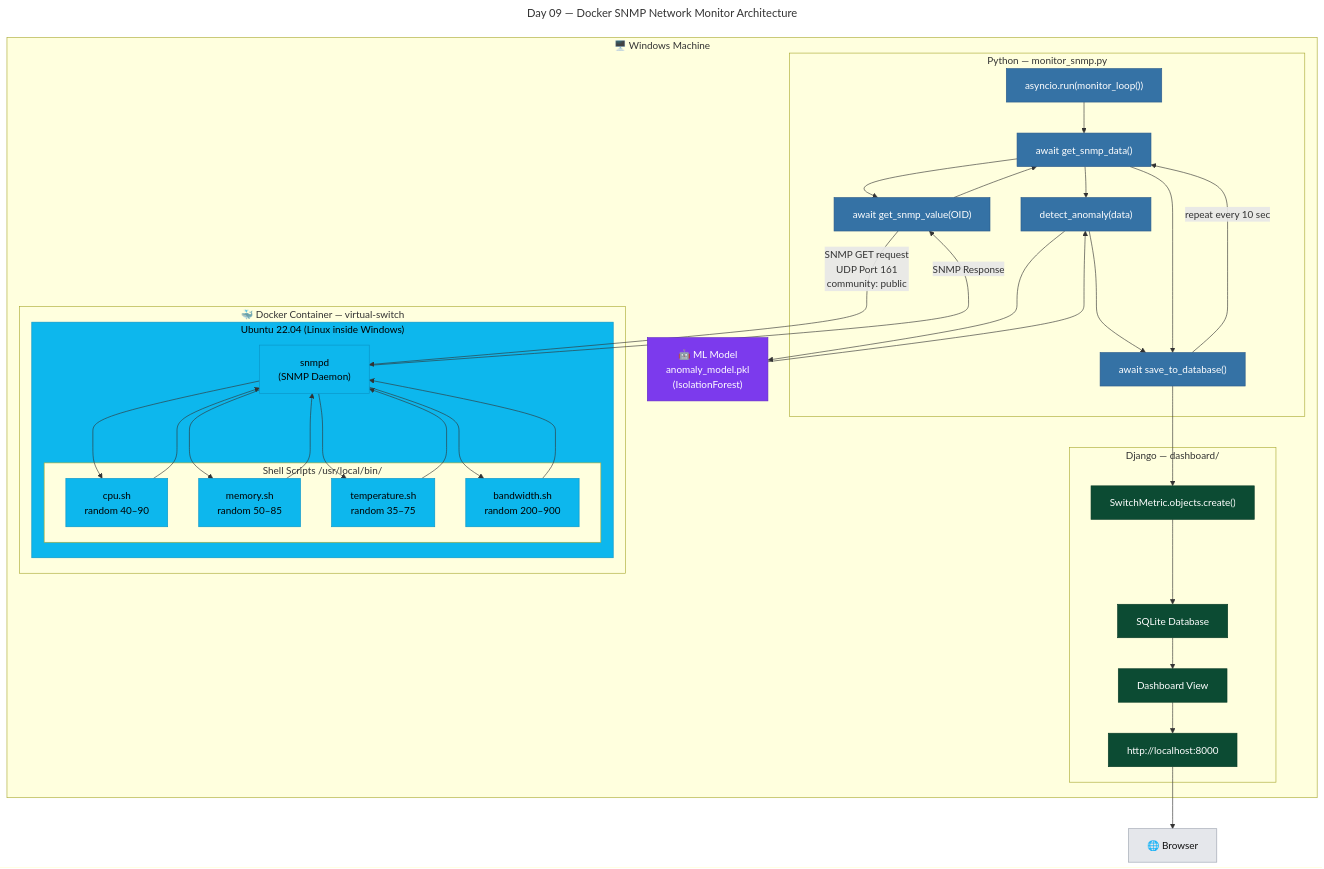
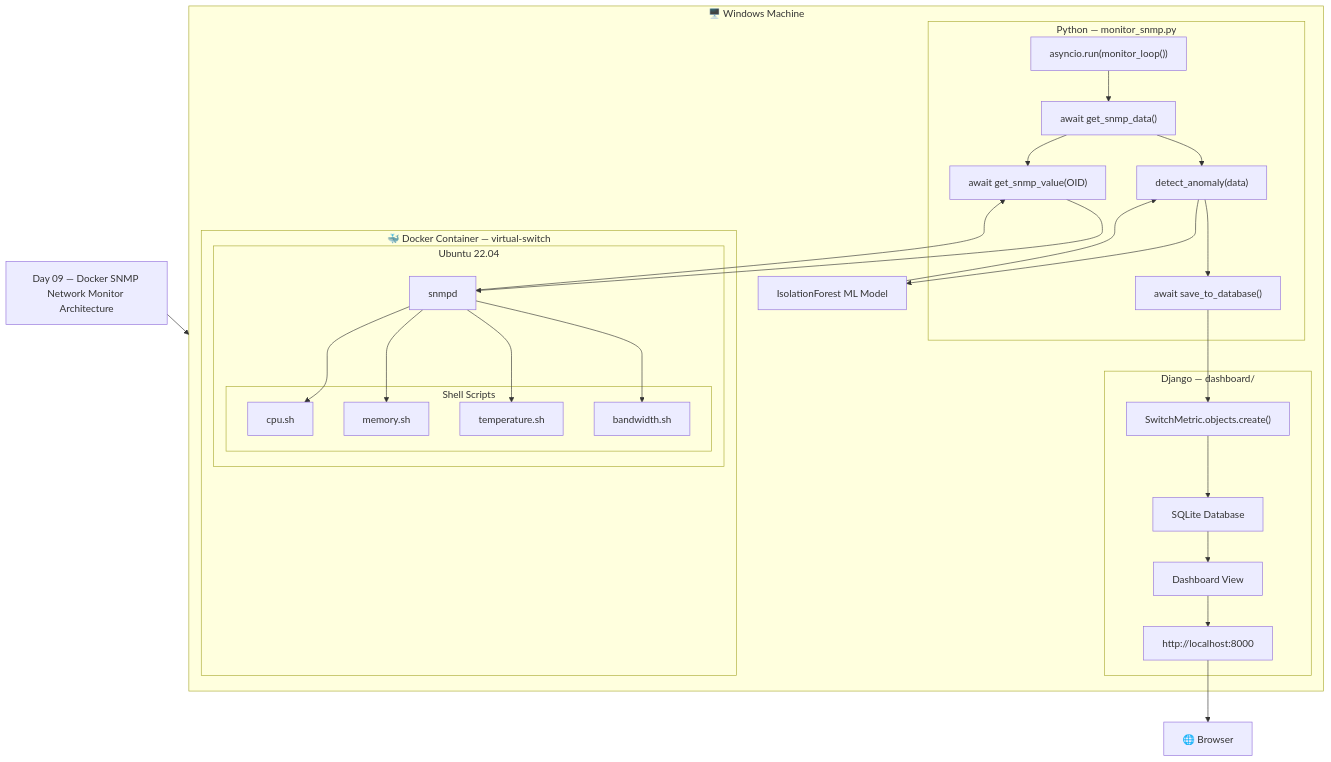
The diagram in research/day-09.9-docker-flow-and obstacles.md (Arnav-Naive/network-monitor-ai), drawn with Mermaid before and after one commit.

Commit message:
nothing special

````diff
--- a/research/day-09.9-docker-flow-and obstacles.md
+++ b/research/day-09.9-docker-flow-and obstacles.md
@@ -429,9 +429,7 @@
 ```mermaid
----
-title: Day 09 — Docker SNMP Network Monitor Architecture
----
+flowchart TD
 
-flowchart TD
+    TITLE["Day 09 — Docker SNMP Network Monitor Architecture"]
 
     subgraph WIN["🖥️ Windows Machine"]
 
@@ -451,70 +449,49 @@
         end
 
         subgraph DOCKER["🐳 Docker Container — virtual-switch"]
-            subgraph UBUNTU["Ubuntu 22.04 (Linux inside Windows)"]
-                S1["snmpd<br>(SNMP Daemon)"]
 
-                subgraph SCRIPTS["Shell Scripts /usr/local/bin/"]
-                    SC1["cpu.sh<br>random 40–90"]
-                    SC2["memory.sh<br>random 50–85"]
-                    SC3["temperature.sh<br>random 35–75"]
-                    SC4["bandwidth.sh<br>random 200–900"]
+            subgraph UBUNTU["Ubuntu 22.04"]
+
+                S1["snmpd"]
+
+                subgraph SCRIPTS["Shell Scripts"]
+                    SC1["cpu.sh"]
+                    SC2["memory.sh"]
+                    SC3["temperature.sh"]
+                    SC4["bandwidth.sh"]
                 end
             end
         end
 
-        ML["🤖 ML Model<br>anomaly_model.pkl<br>(IsolationForest)"]
+        ML["IsolationForest ML Model"]
 
     end
 
     BROWSER["🌐 Browser"]
 
-    %% Flow
+    TITLE --> WIN
+
     A1 --> A2
     A2 --> A3
 
-    A3 -- "SNMP GET request<br>UDP Port 161<br>community: public" --> S1
+    A3 --> S1
 
     S1 --> SC1
     S1 --> SC2
     S1 --> SC3
     S1 --> SC4
 
-    SC1 --> S1
-    SC2 --> S1
-    SC3 --> S1
-    SC4 --> S1
+    S1 --> A3
 
-    S1 -- "SNMP Response" --> A3
-
-    A3 --> A2
     A2 --> A4
-
     A4 --> ML
     ML --> A4
 
     A4 --> A5
-    A2 --> A5
+    A5 --> D1
 
-    A5 --> D1
     D1 --> D2
-
     D2 --> D3
     D3 --> D4
     D4 --> BROWSER
-
-    A5 -- "repeat every 10 sec" --> A2
-
-    %% Styling
-    classDef pyBox fill:#3572A5,color:#fff,stroke:#2a5a8a
-    classDef djangoBox fill:#0C4B33,color:#fff,stroke:#093b27
-    classDef dockerBox fill:#0db7ed,color:#000,stroke:#0a94c7
-    classDef mlBox fill:#7c3aed,color:#fff,stroke:#6025c7
-    classDef browserBox fill:#e5e7eb,color:#111,stroke:#9ca3af
-
-    class A1,A2,A3,A4,A5 pyBox
-    class D1,D2,D3,D4 djangoBox
-    class S1,UBUNTU,SC1,SC2,SC3,SC4 dockerBox
-    class ML mlBox
-    class BROWSER browserBox
 ```
````
